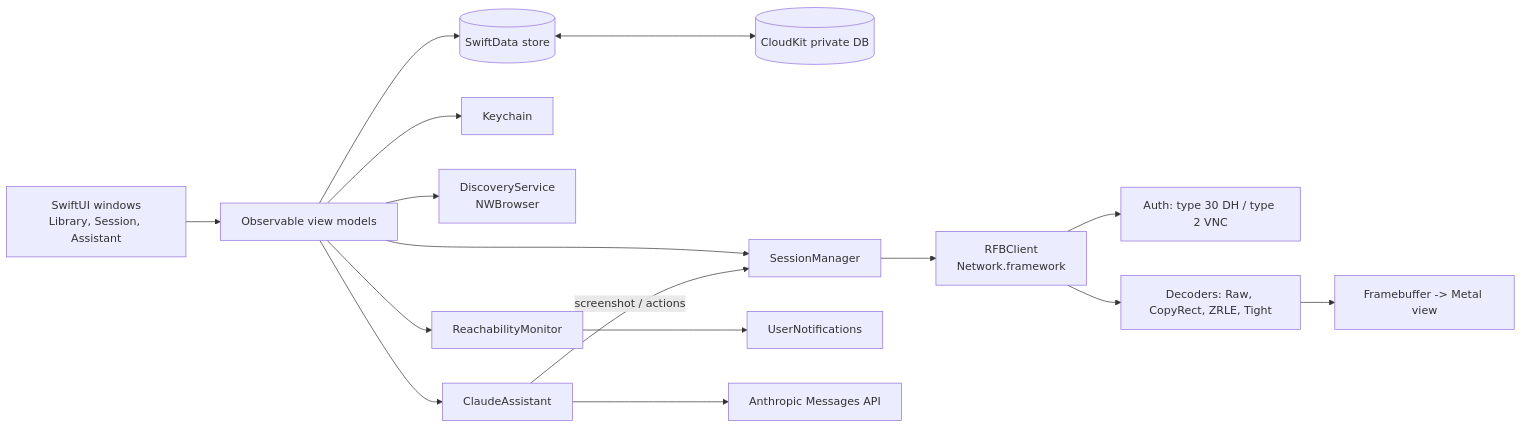
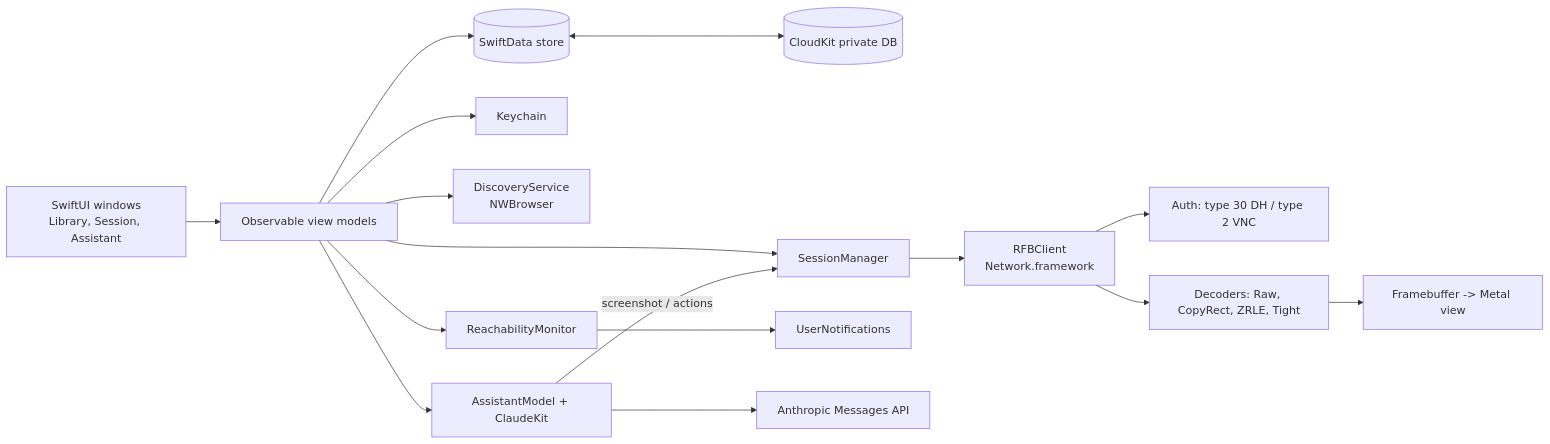
One commit to vincentlauriat/RemoteDeck changed the diagram in TRD.md. Above: the diagram before and after it, drawn with Mermaid. The commit also changed other lines of this file and 47 other files, not shown here.

First line of the commit message:
feat(assistant): Claude Assistant with confirmed computer use actions (#17)

````diff
--- a/TRD.md
+++ b/TRD.md
@@ -43,16 +43,16 @@
 ```mermaid
 flowchart LR
   UI[SwiftUI windows<br/>Library, Session, Assistant] --> VM[Observable view models]
   VM --> Store[(SwiftData store)]
   Store <--> CK[(CloudKit private DB)]
   VM --> KC[Keychain]
   VM --> SM[SessionManager]
   SM --> RFB[RFBClient<br/>Network.framework]
   RFB --> Auth[Auth: type 30 DH / type 2 VNC]
   RFB --> Dec[Decoders: Raw, CopyRect, ZRLE, Tight]
   Dec --> FB[Framebuffer -> Metal view]
   VM --> Disc[DiscoveryService<br/>NWBrowser]
   VM --> Mon[ReachabilityMonitor] --> Notif[UserNotifications]
-  VM --> CA[ClaudeAssistant] --> API[Anthropic Messages API]
+  VM --> CA[AssistantModel + ClaudeKit] --> API[Anthropic Messages API]
   CA -- screenshot / actions --> SM
 ```
````
